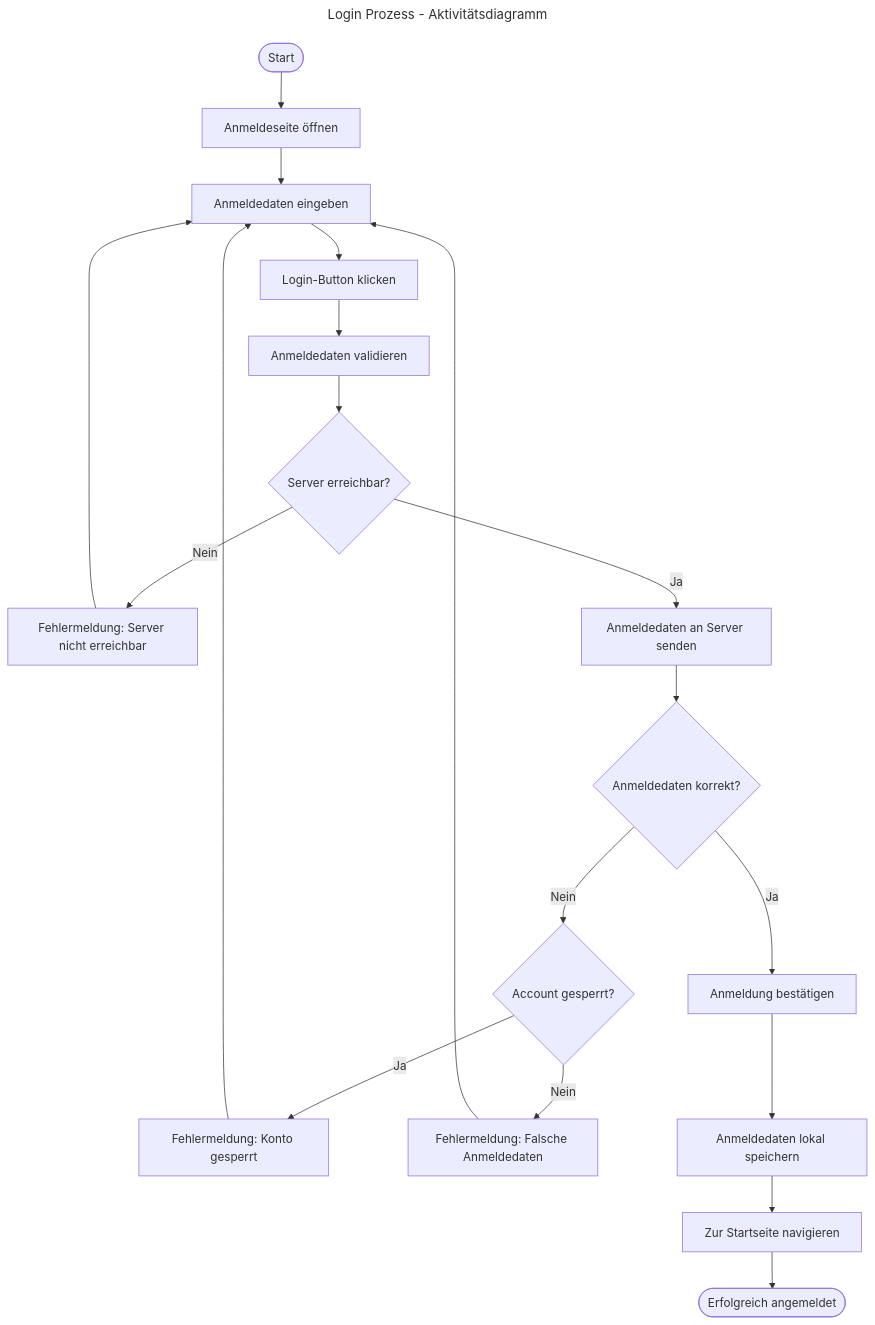
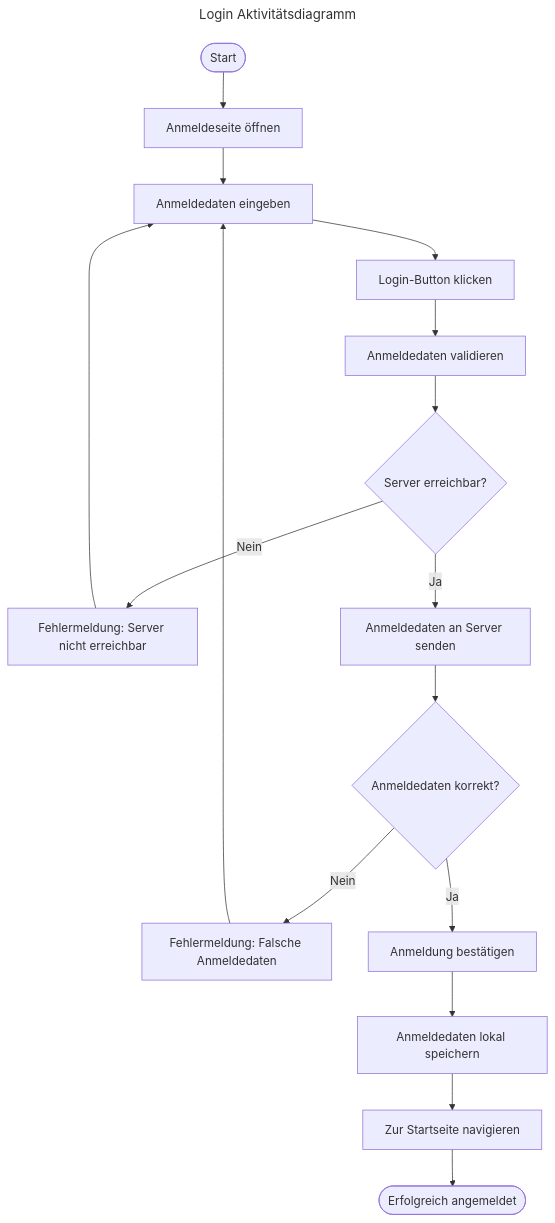
One commit to Hexfields-Studio/HexfieldsDominion-Artefacts changed the second of 2 diagrams in srs/account_management/login/login.md. Above: the diagram before and after it, drawn with Mermaid. The commit also changed other lines of this file and 17 other files, not shown here.

Commit message:
Updated Sequence Diagrams to use Mermaid, also reduced "abstractness"

````diff
--- a/srs/account_management/login/login.md
+++ b/srs/account_management/login/login.md
@@ -33,35 +98,31 @@
 ```mermaid
 ---
-title: Login Prozess - Aktivitätsdiagramm
+title: Login Aktivitätsdiagramm
 ---
 flowchart TD
     A([Start]) --> B[Anmeldeseite öffnen]
     B --> C[Anmeldedaten eingeben]
     C --> D[Login-Button klicken]
     D --> E[Anmeldedaten validieren]
     E --> F{Server erreichbar?}
     
     F -- Nein --> G[Fehlermeldung: Server nicht erreichbar]
     F -- Ja --> H[Anmeldedaten an Server senden]
     
     H --> I{Anmeldedaten korrekt?}
     
-    I -- Nein --> J{Account gesperrt?}
-    J -- Ja --> K[Fehlermeldung: Konto gesperrt]
-    J -- Nein --> L[Fehlermeldung: Falsche Anmeldedaten]
+    I -- Nein --> J[Fehlermeldung: Falsche Anmeldedaten]
+    I -- Ja --> K[Anmeldung bestätigen]
     
-    I -- Ja --> M[Anmeldung bestätigen]
-    M --> N[Anmeldedaten lokal speichern]
-    N --> O[Zur Startseite navigieren]
-    O --> P([Erfolgreich angemeldet])
+    K --> L[Anmeldedaten lokal speichern]
+    L --> M[Zur Startseite navigieren]
+    M --> N([Erfolgreich angemeldet])
     
     G --> C
-    K --> C
-    L --> C
+    J --> C
     
     style A fill:#green
-    style P fill:#red
+    style N fill:#red
     style G fill:#orange
-    style K fill:#orange
-    style L fill:#orange
+    style J fill:#orange
 ```
````
